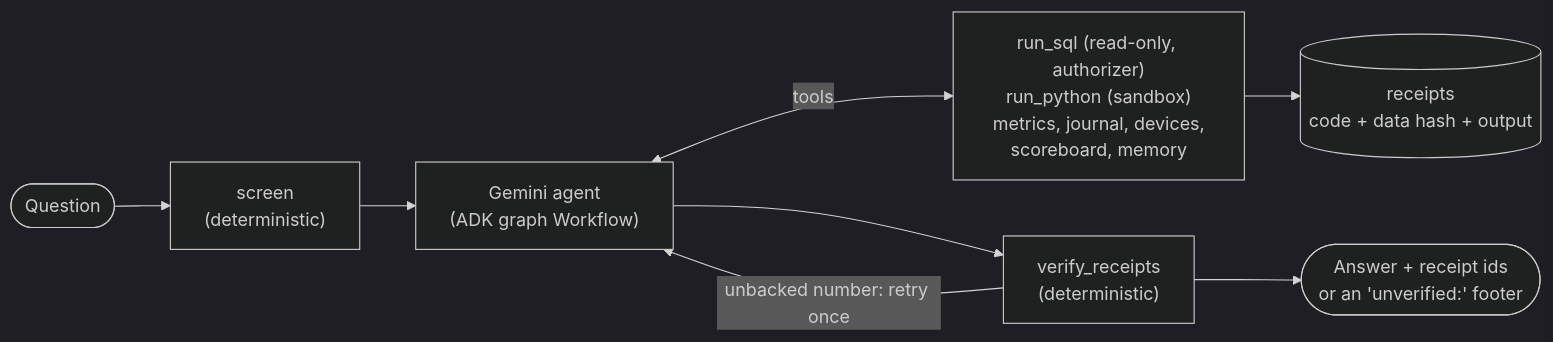
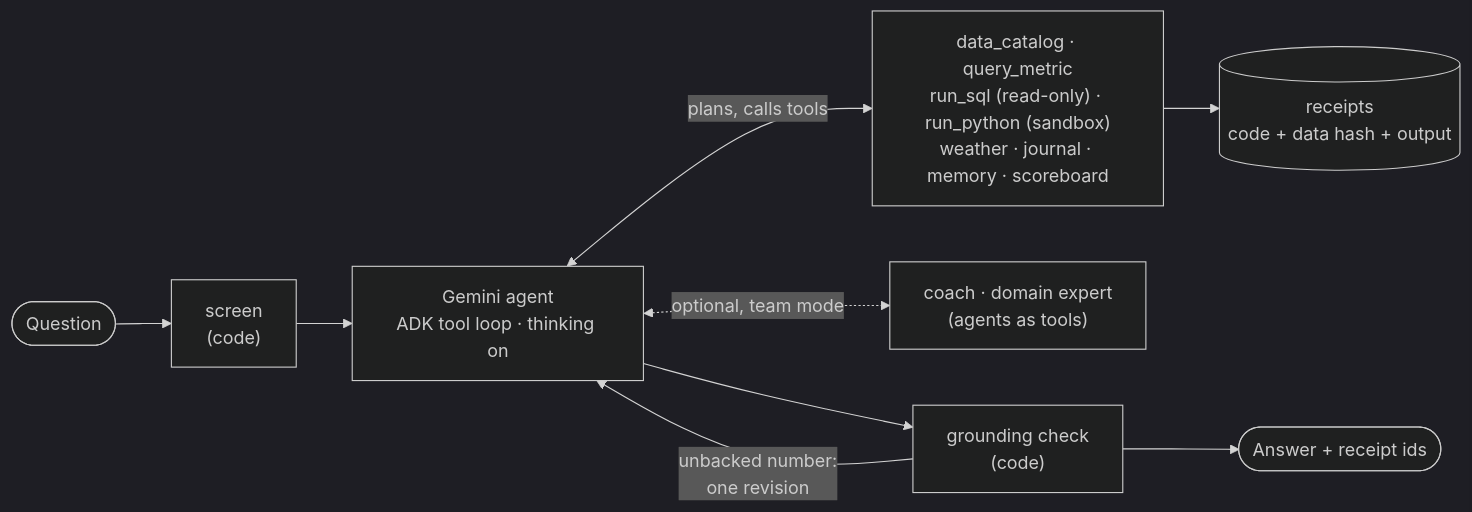
Before and after one commit to kb2326/calibrated-health-agent: the second of 4 diagrams in README.md, drawn with Mermaid (dark theme). The commit also changed other lines of this file and 3 other files, not shown here.

First line of the commit message:
docs: portfolio README with architecture diagrams; docs reflect the Phase 4.5 agent

````diff
--- a/README.md
+++ b/README.md
@@ -101,10 +112,11 @@
 ```mermaid
 flowchart LR
-  q(["Question"]) --> screen["screen<br/>(deterministic)"]
-  screen --> agent["Gemini agent<br/>(ADK graph Workflow)"]
-  agent <-->|"tools"| tools["run_sql (read-only, authorizer)<br/>run_python (sandbox)<br/>metrics, journal, devices,<br/>scoreboard, memory"]
+  q(["Question"]) --> screen["screen<br/>(code)"]
+  screen --> agent["Gemini agent<br/>ADK tool loop · thinking on"]
+  agent <-->|"plans, calls tools"| tools["data_catalog · query_metric<br/>run_sql (read-only) · run_python (sandbox)<br/>weather · journal · memory · scoreboard"]
+  agent <-.->|"optional, team mode"| spec["coach · domain expert<br/>(agents as tools)"]
   tools --> rec[("receipts<br/>code + data hash + output")]
-  agent --> verify["verify_receipts<br/>(deterministic)"]
-  verify -->|"unbacked number: retry once"| agent
-  verify --> a(["Answer + receipt ids<br/>or an 'unverified:' footer"])
+  agent --> check["grounding check<br/>(code)"]
+  check -->|"unbacked number:<br/>one revision"| agent
+  check --> a(["Answer + receipt ids"])
 ```
````
